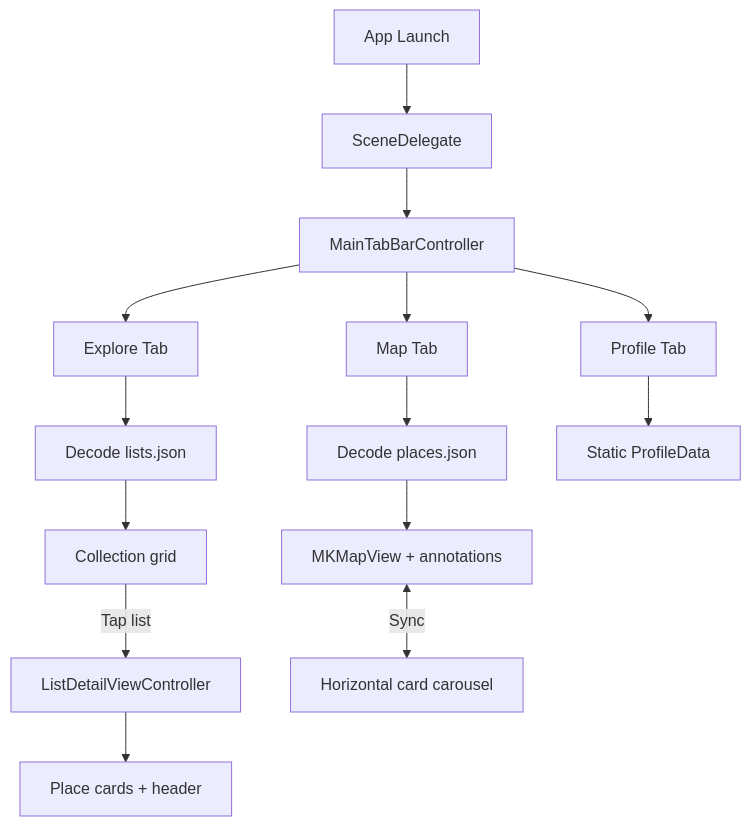
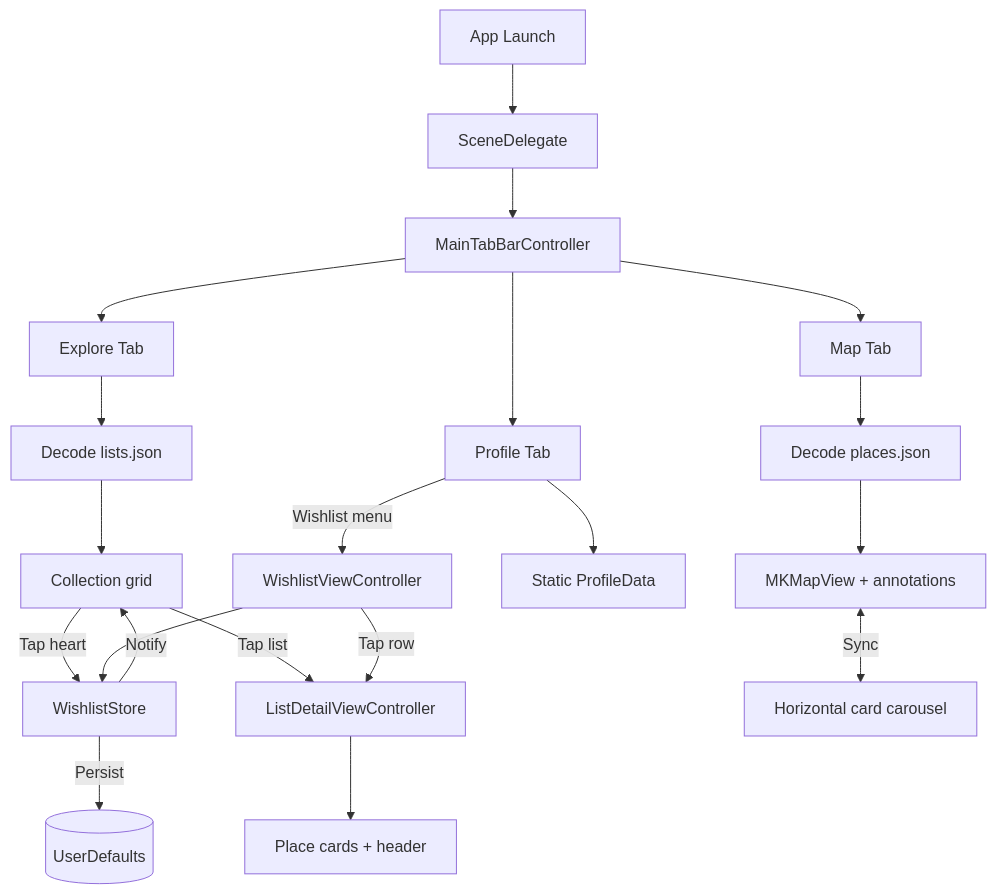
One commit to gyaneshwar-shinde/TravelApp changed the diagram in README.md. Above: the diagram before and after it, drawn with Mermaid. The commit also changed other lines of this file, not shown here.

First line of the commit message:
Document wishlist feature in README.

````diff
--- a/README.md
+++ b/README.md
@@ -239,16 +270,22 @@
 ```mermaid
 flowchart TD
     Launch[App Launch] --> Scene[SceneDelegate]
     Scene --> Tabs[MainTabBarController]
     Tabs --> Explore[Explore Tab]
     Tabs --> Map[Map Tab]
     Tabs --> Profile[Profile Tab]
     Explore --> LoadLists[Decode lists.json]
     LoadLists --> Grid[Collection grid]
+    Grid -->|Tap heart| WishlistStore[WishlistStore]
     Grid -->|Tap list| Detail[ListDetailViewController]
     Detail --> Places[Place cards + header]
     Map --> LoadPlaces[Decode places.json]
     LoadPlaces --> MK[MKMapView + annotations]
     MK <-->|Sync| Carousel[Horizontal card carousel]
     Profile --> Dummy[Static ProfileData]
+    Profile -->|Wishlist menu| WishlistVC[WishlistViewController]
+    WishlistVC --> WishlistStore
+    WishlistStore -->|Persist| UserDefaults[(UserDefaults)]
+    WishlistStore -->|Notify| Grid
+    WishlistVC -->|Tap row| Detail
 ```
````
